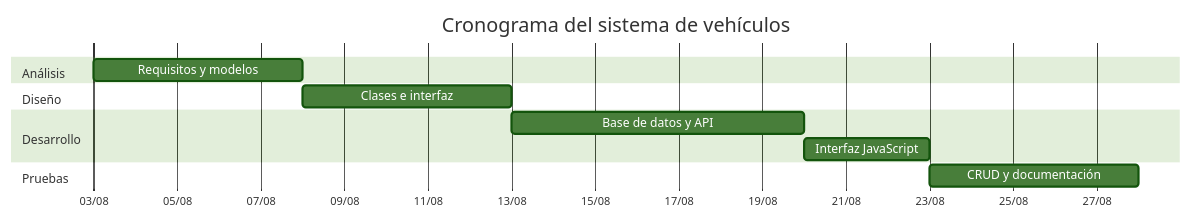
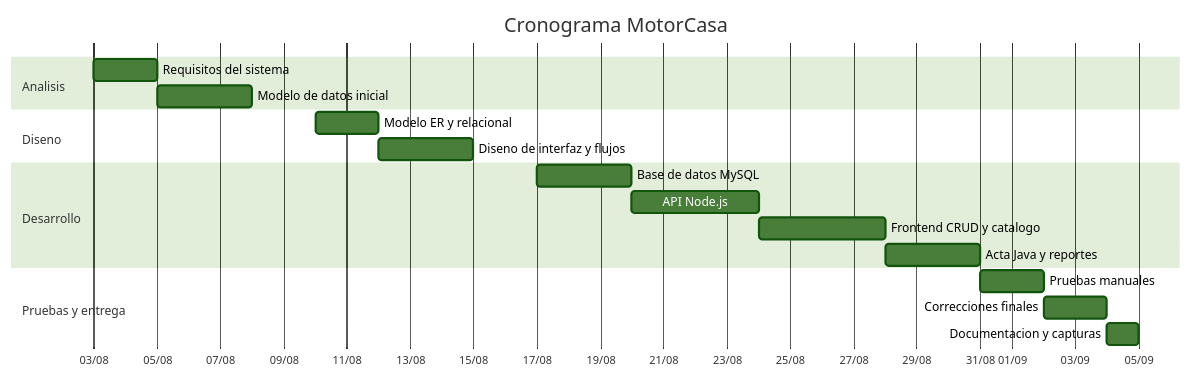
The second of 2 diagrams in docs/plan-integrador.md (Hdpjiax/ProyectoVehiculos), drawn with Mermaid (forest theme) before and after one commit. The commit also changed other lines of this file and 19 other files, not shown here.

````diff
--- a/docs/plan-integrador.md
+++ b/docs/plan-integrador.md
@@ -18,15 +43,21 @@
 ```mermaid
 gantt
-  title Cronograma del sistema de vehículos
+  title Cronograma MotorCasa
   dateFormat  YYYY-MM-DD
   axisFormat %d/%m
-  section Análisis
-  Requisitos y modelos :a1, 2026-08-03, 5d
-  section Diseño
-  Clases e interfaz :a2, after a1, 5d
+  section Analisis
+  Requisitos del sistema          :a1, 2026-08-03, 2d
+  Modelo de datos inicial         :a2, after a1, 3d
+  section Diseno
+  Modelo ER y relacional          :d1, 2026-08-10, 2d
+  Diseno de interfaz y flujos     :d2, after d1, 3d
   section Desarrollo
-  Base de datos y API :a3, after a2, 7d
-  Interfaz JavaScript :a4, after a3, 3d
-  section Pruebas
-  CRUD y documentación :a5, after a4, 5d
+  Base de datos MySQL             :dev1, 2026-08-17, 3d
+  API Node.js                     :dev2, after dev1, 4d
+  Frontend CRUD y catalogo        :dev3, 2026-08-24, 4d
+  Acta Java y reportes            :dev4, after dev3, 3d
+  section Pruebas y entrega
+  Pruebas manuales                :p1, 2026-08-31, 2d
+  Correcciones finales            :p2, after p1, 2d
+  Documentacion y capturas        :p3, after p2, 1d
 ```
````
